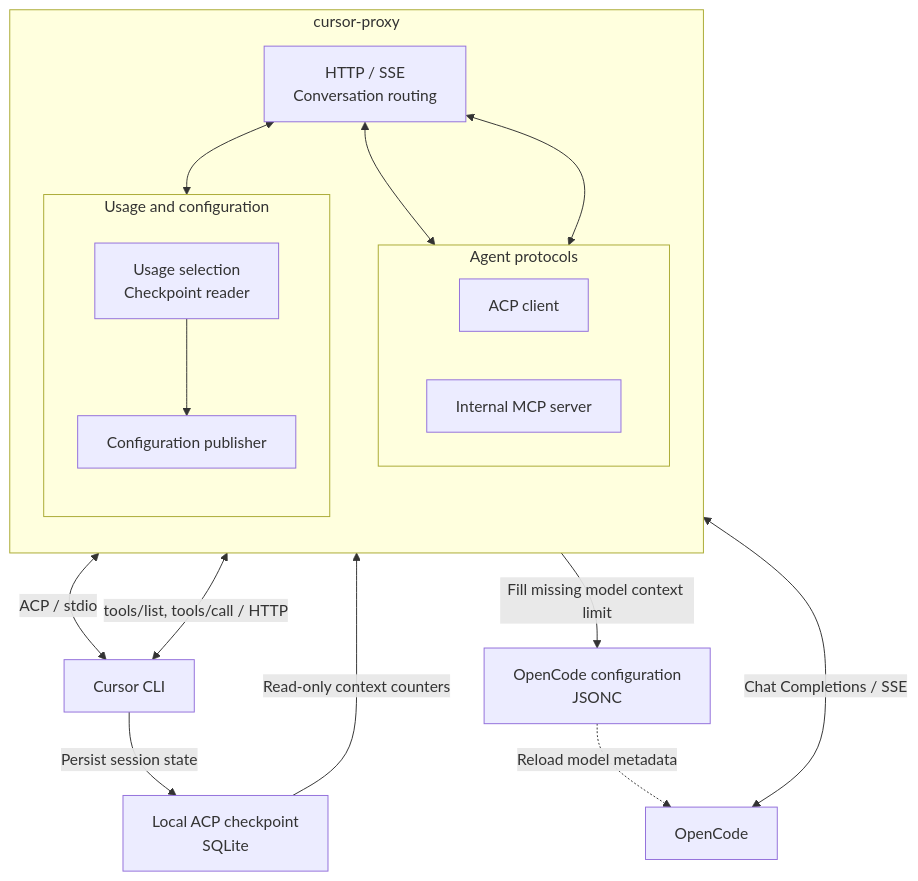
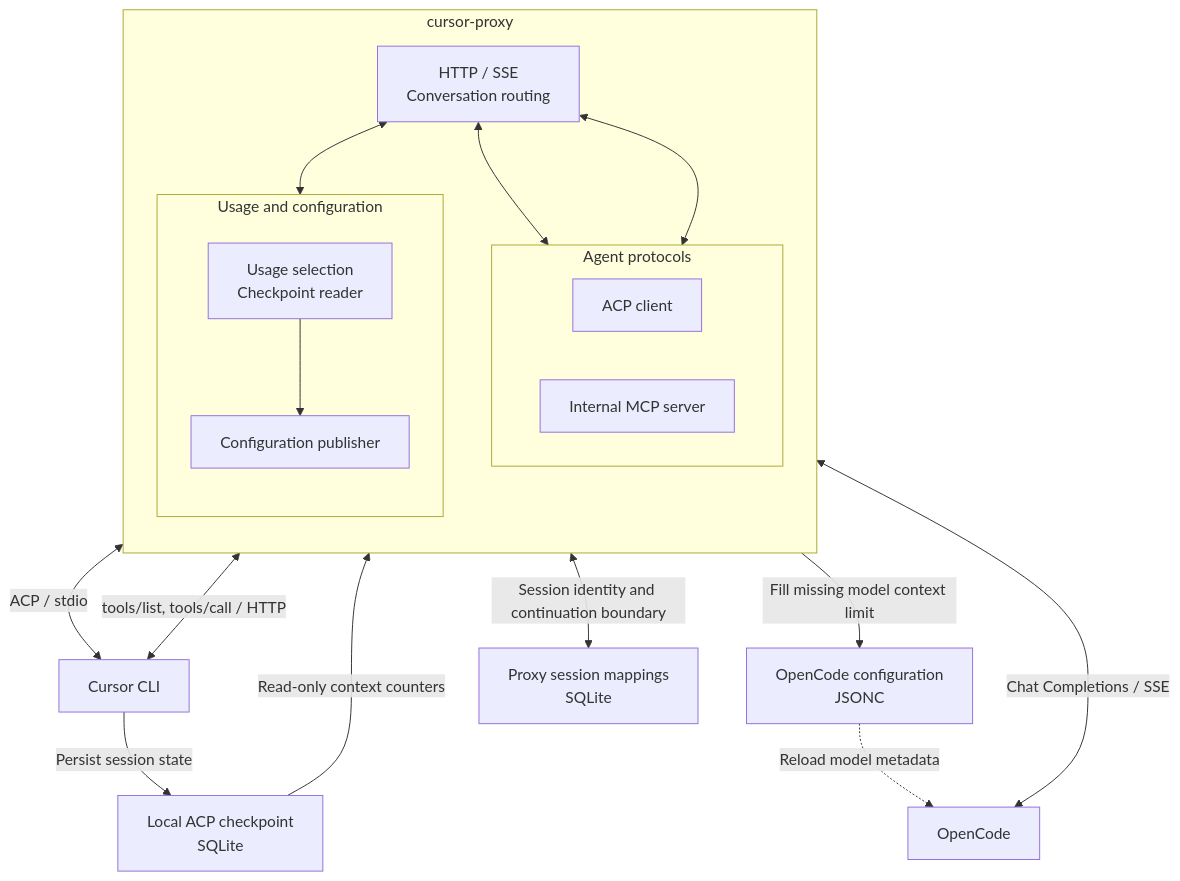
The diagram in DESIGN.md (skyfiredao/opencode-cursor-proxy), drawn with Mermaid before and after one commit. The commit also changed other lines of this file and 18 other files, not shown here.

````diff
--- a/DESIGN.md
+++ b/DESIGN.md
@@ -17,37 +15,39 @@
 ```mermaid
 flowchart TB
     opencode["OpenCode"]
     cursor["Cursor CLI"]
     checkpoint["Local ACP checkpoint<br/>SQLite"]
     profile["OpenCode configuration<br/>JSONC"]
+    sessions["Proxy session mappings<br/>SQLite"]
 
     subgraph proxy["cursor-proxy"]
         direction TB
         routing["HTTP / SSE<br/>Conversation routing"]
 
         subgraph protocols["Agent protocols"]
             direction LR
             acp["ACP client"]
             mcp["Internal MCP server"]
         end
 
         subgraph statistics["Usage and configuration"]
             direction TB
             usage["Usage selection<br/>Checkpoint reader"]
             config["Configuration publisher"]
             usage --> config
         end
 
         routing <--> acp
         routing <--> mcp
         routing <--> usage
     end
 
     opencode <-->|Chat Completions / SSE| routing
+    routing <-->|Session identity and continuation boundary| sessions
     acp <-->|ACP / stdio| cursor
     cursor <-->|tools/list, tools/call / HTTP| mcp
     cursor -->|Persist session state| checkpoint
     checkpoint -->|Read-only context counters| usage
     config -->|Fill missing model context limit| profile
     profile -.->|Reload model metadata| opencode
 ```
````
